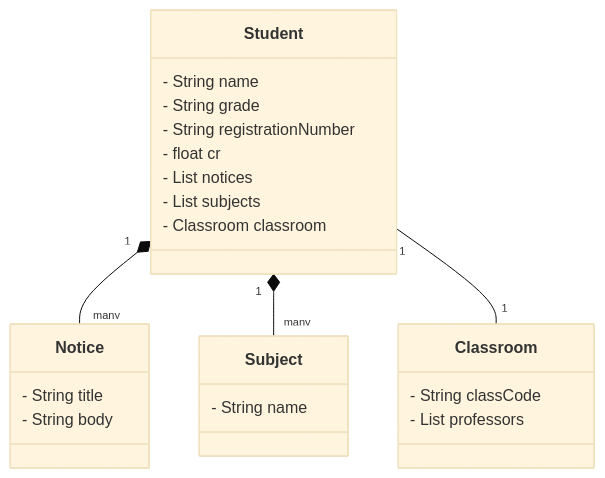
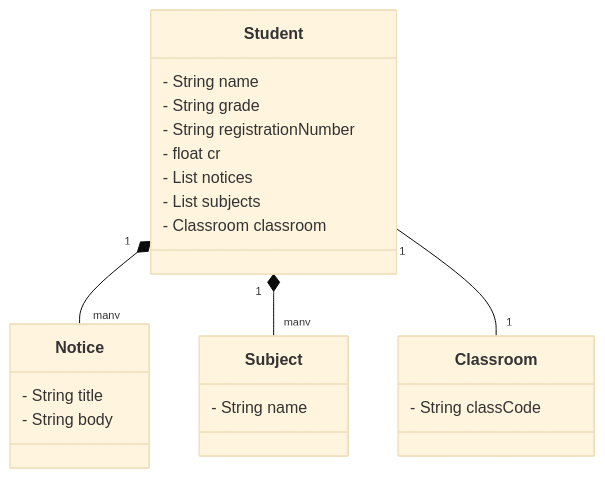
One commit to patrickmartx/school_system changed the diagram in README.md. Above: the diagram before and after it, drawn with Mermaid (base theme).

````diff
--- a/README.md
+++ b/README.md
@@ -16,31 +16,30 @@
 ```mermaid
 classDiagram
     class Student {
       - String name
       - String grade
       - String registrationNumber
       - float cr
       - List<Notice> notices
       - List<Subject> subjects
       - Classroom classroom
     }
 
     class Notice {
       - String title
       - String body
     }
 
     class Subject {
       - String name
     }
 
     class Classroom {
       - String classCode
-      - List<Professor> professors
     }
 
     Student "1" *-- "many" Notice
     Student "1" *-- "many" Subject
     Student "1" -- "1" Classroom
 
 ```
````
